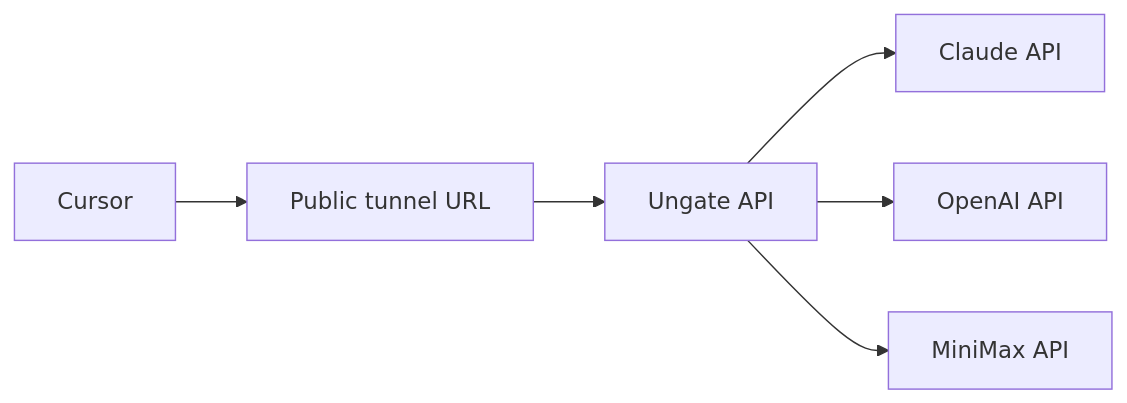
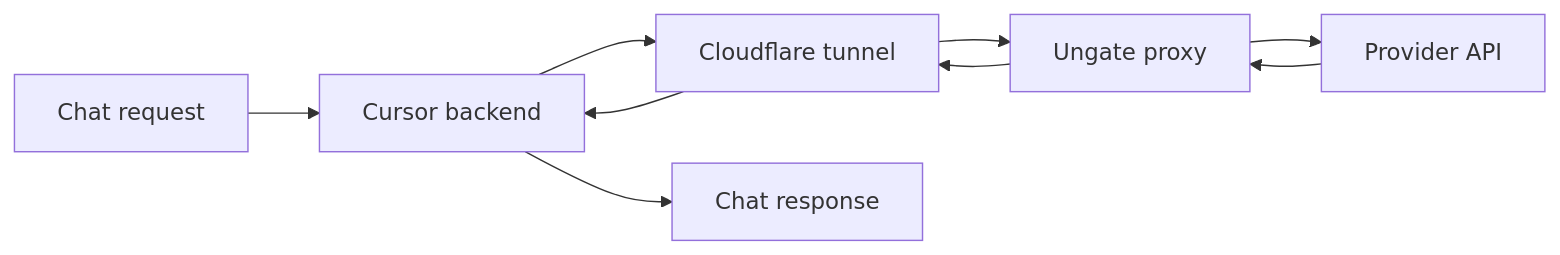
Before and after one commit to orchidfiles/ungate: the diagram in README.md, drawn with Mermaid.

Commit message:
docs(readme): simplify architecture flow diagram

````diff
--- a/README.md
+++ b/README.md
@@ -29,8 +29,11 @@
 ```mermaid
 graph LR
-  A[Cursor] --> B[Public tunnel URL]
-  B --> C[Ungate API]
-  C --> D[Claude API]
-  C --> E[OpenAI API]
-  C --> F[MiniMax API]
+  A[Chat request] --> B[Cursor backend]
+  B --> C[Cloudflare tunnel]
+  C --> D[Ungate proxy]
+  D --> E[Provider API]
+  E --> D
+  D --> C
+  C --> B
+  B --> F[Chat response]
 ```
````
